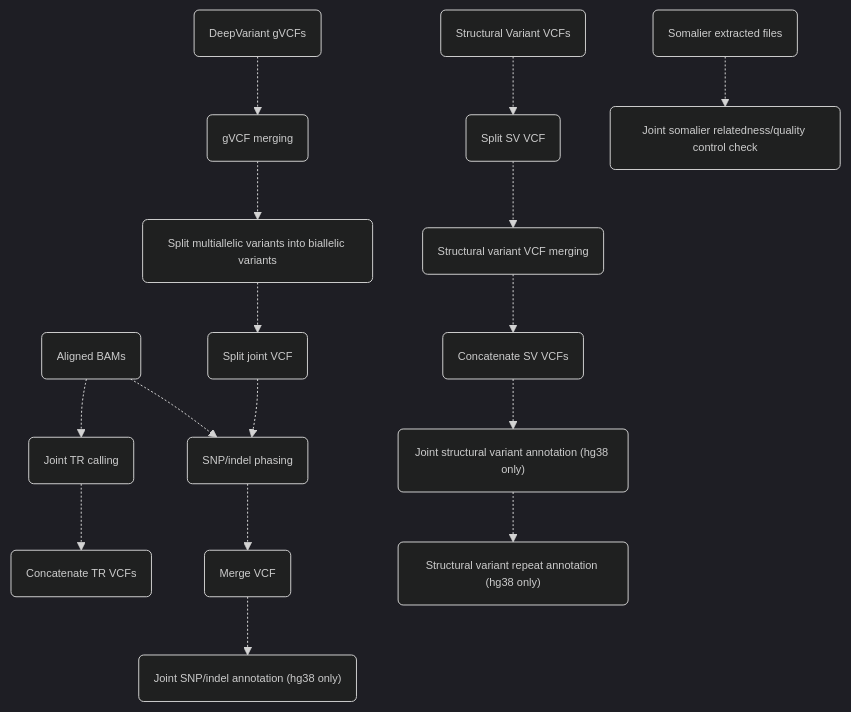
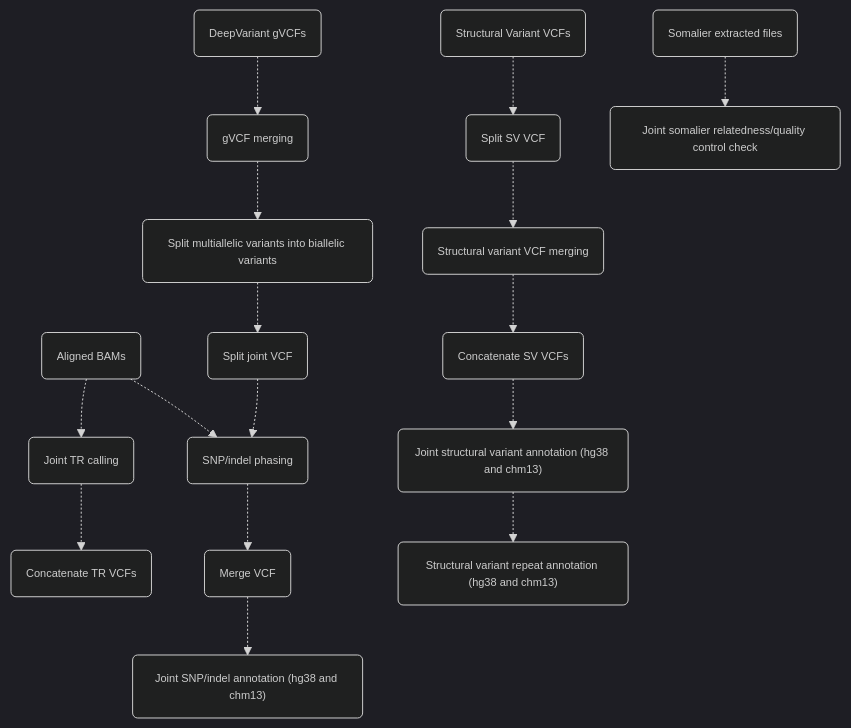
Before and after one commit to leahkemp/pipeface: the diagram in docs/popface/info.md, drawn with Mermaid. The commit also changed other lines of this file and 14 other files, not shown here.

Commit message:
chm13 annotation (#118)

````diff
--- a/docs/popface/info.md
+++ b/docs/popface/info.md
@@ -5,30 +5,30 @@
 ```mermaid
 %%{init:{'theme':'dark','themeVariables':{'fontSize':'11px'}}}%%
 flowchart TB
 
 input_gvcf("DeepVariant gVCFs")
 input_bam("Aligned BAMs")
 input_svs("Structural Variant VCFs")
 gvcf_merging("gVCF merging")
 joint_split_multiallele("Split multiallelic variants into biallelic variants")
 split_vcf("Split joint VCF")
 snp_indel_phasing("SNP/indel phasing")
 merge_vcf("Merge VCF")
-joint_snp_indel_annotation("Joint SNP/indel annotation (hg38 only)")
+joint_snp_indel_annotation("Joint SNP/indel annotation (hg38 and chm13)")
 split_sv_vcf("Split SV VCF")
 sv_vcf_merging("Structural variant VCF merging")
 concat_sv_vcf("Concatenate SV VCFs")
-joint_sv_annotation("Joint structural variant annotation (hg38 only)")
-sv_repeat_annotation("Structural variant repeat annotation (hg38 only)")
+joint_sv_annotation("Joint structural variant annotation (hg38 and chm13)")
+sv_repeat_annotation("Structural variant repeat annotation (hg38 and chm13)")
 joint_tr_calling("Joint TR calling")
 concat_tr_vcf("Concatenate TR VCFs")
 input_somalier("Somalier extracted files")
 joint_somalier("Joint somalier relatedness/quality control check")
 
 input_gvcf-.->gvcf_merging-.->joint_split_multiallele-.->split_vcf-.->snp_indel_phasing-.->merge_vcf-.->joint_snp_indel_annotation
 input_bam-.->snp_indel_phasing
 input_svs-.->split_sv_vcf-.->sv_vcf_merging-.->concat_sv_vcf-.->joint_sv_annotation-.->sv_repeat_annotation
 input_bam-.->joint_tr_calling-.->concat_tr_vcf
 input_somalier-.->joint_somalier
 
 ```
````
